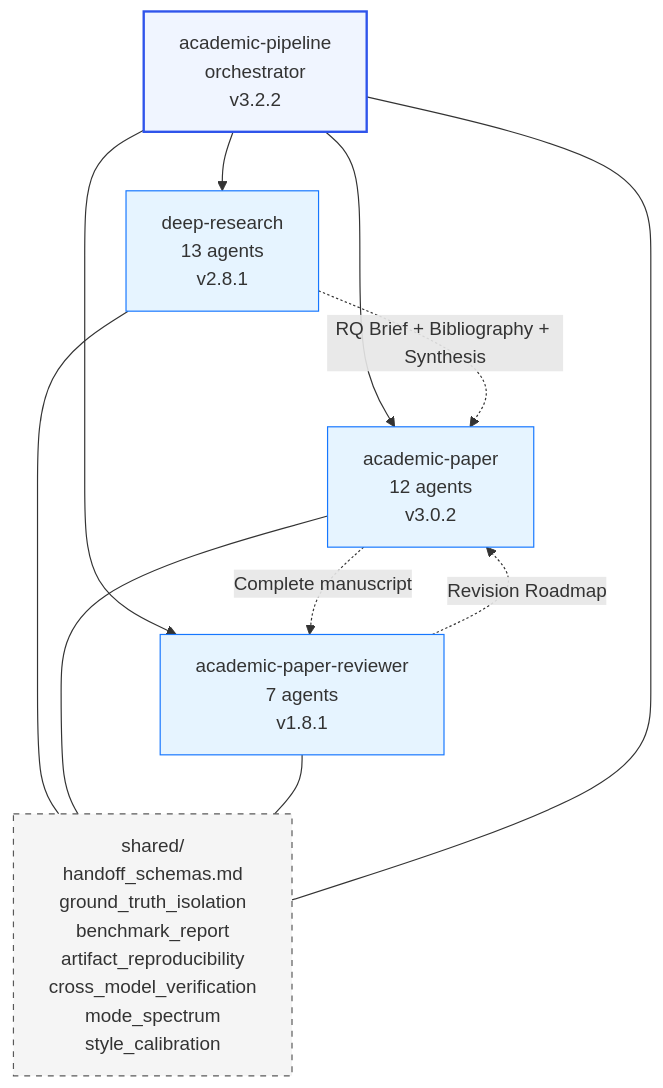
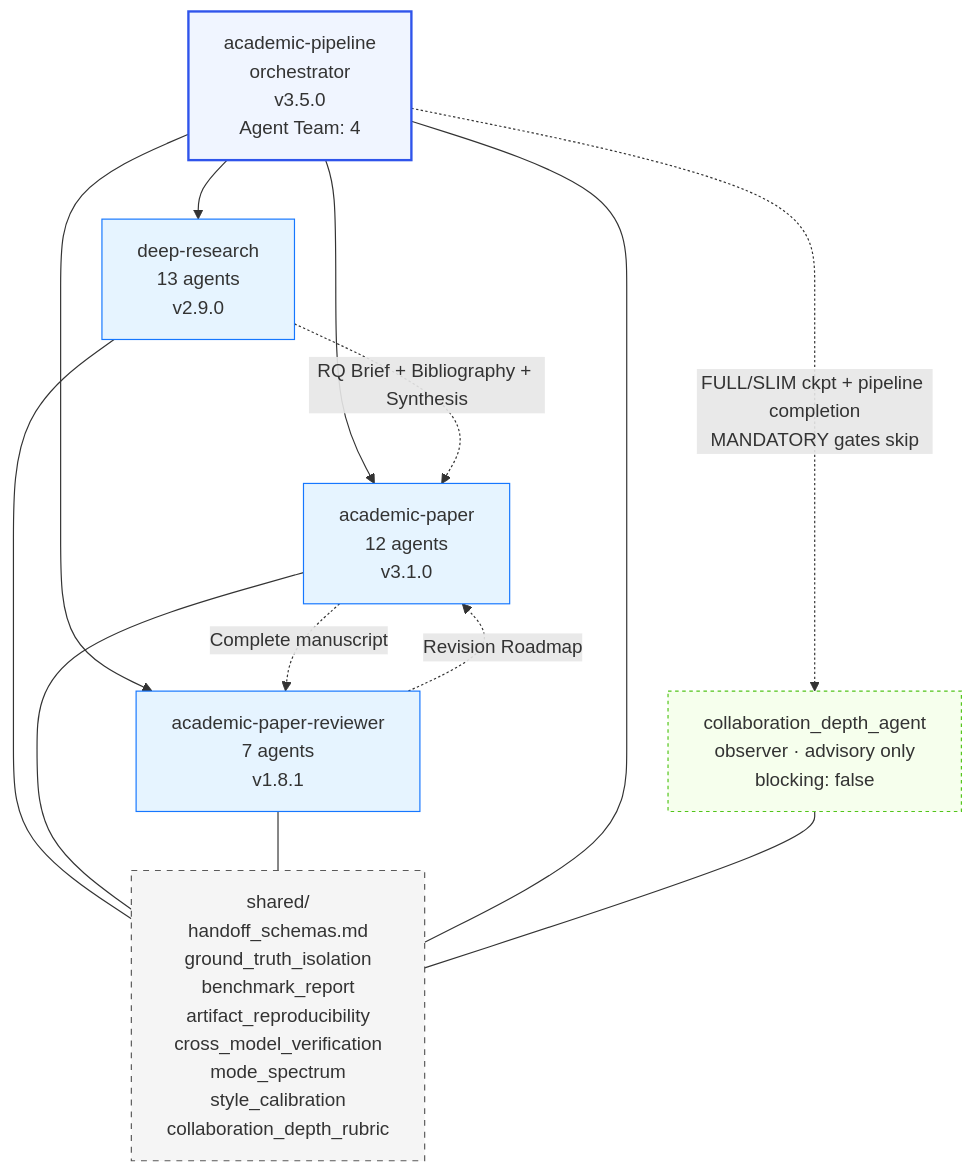
Before and after one commit to thereisnotime/skills-collection: the third of 4 diagrams in skills/Imbad0202--academic-research-skills/docs/ARCHITECTURE.md, drawn with Mermaid. The commit also changed other lines of this file and 835 other files, not shown here.

Commit message:
sync: update skills repos, readme and charts

````diff
--- a/skills/Imbad0202--academic-research-skills/docs/ARCHITECTURE.md
+++ b/skills/Imbad0202--academic-research-skills/docs/ARCHITECTURE.md
@@ -147,26 +148,31 @@
 ```mermaid
 graph TD
-    Pipeline[academic-pipeline<br/>orchestrator<br/>v3.2.2]
-    DR[deep-research<br/>13 agents<br/>v2.8.1]
-    AP[academic-paper<br/>12 agents<br/>v3.0.2]
+    Pipeline[academic-pipeline<br/>orchestrator<br/>v3.5.0<br/>Agent Team: 4]
+    Observer[collaboration_depth_agent<br/>observer · advisory only<br/>blocking: false]
+    DR[deep-research<br/>13 agents<br/>v2.9.0]
+    AP[academic-paper<br/>12 agents<br/>v3.1.0]
     APR[academic-paper-reviewer<br/>7 agents<br/>v1.8.1]
-    Shared[shared/<br/>handoff_schemas.md<br/>ground_truth_isolation<br/>benchmark_report<br/>artifact_reproducibility<br/>cross_model_verification<br/>mode_spectrum<br/>style_calibration]
+    Shared[shared/<br/>handoff_schemas.md<br/>ground_truth_isolation<br/>benchmark_report<br/>artifact_reproducibility<br/>cross_model_verification<br/>mode_spectrum<br/>style_calibration<br/>collaboration_depth_rubric]
 
     Pipeline --> DR
     Pipeline --> AP
     Pipeline --> APR
+    Pipeline -. "FULL/SLIM ckpt + pipeline completion<br/>MANDATORY gates skip" .-> Observer
     DR -. "RQ Brief + Bibliography + Synthesis" .-> AP
     AP -. "Complete manuscript" .-> APR
     APR -. "Revision Roadmap" .-> AP
     DR --- Shared
     AP --- Shared
     APR --- Shared
     Pipeline --- Shared
+    Observer --- Shared
 
     classDef orch fill:#f0f5ff,stroke:#2f54eb,stroke-width:2px
     classDef skill fill:#e6f4ff,stroke:#1677ff
     classDef shared fill:#f5f5f5,stroke:#595959,stroke-dasharray:5 5
+    classDef observer fill:#f6ffed,stroke:#52c41a,stroke-dasharray:3 3
     class Pipeline orch
     class DR,AP,APR skill
     class Shared shared
+    class Observer observer
 ```
````
